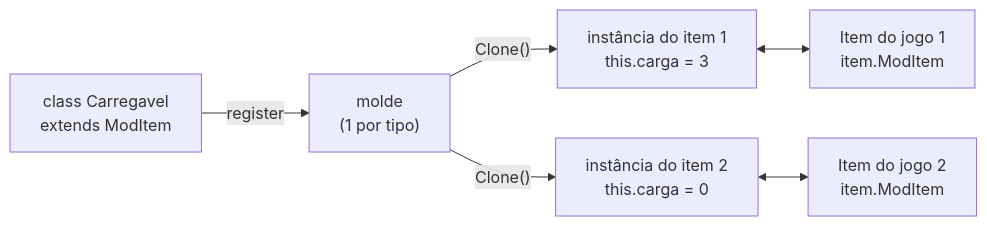
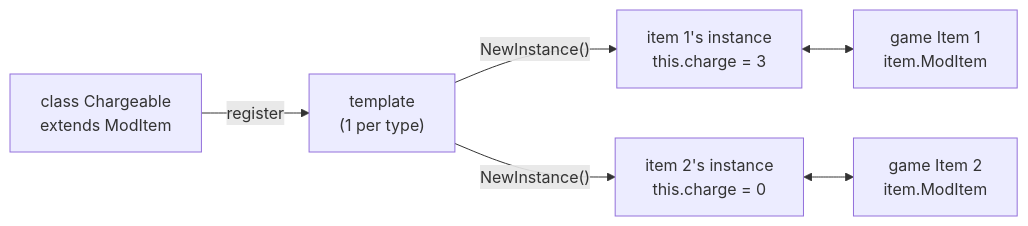
The diagram in Split/Bunny-Loader/docs/mods/04-conteudo-novo.md (MantovaniDevTrue/Bunnyloader-Csharp), drawn with Mermaid before and after one commit. The commit also changed other lines of this file and 2171 other files, not shown here.

````diff
--- a/Split/Bunny-Loader/docs/mods/04-conteudo-novo.md
+++ b/Split/Bunny-Loader/docs/mods/04-conteudo-novo.md
@@ -286,8 +296,8 @@
 ```mermaid
 flowchart LR
-    C["class Carregavel<br/>extends ModItem"] -- "register" --> M["molde<br/>(1 por tipo)"]
-    M -- "Clone()" --> I1["instância do item 1<br/>this.carga = 3"]
-    M -- "Clone()" --> I2["instância do item 2<br/>this.carga = 0"]
-    I1 <--> E1["Item do jogo 1<br/>item.ModItem"]
-    I2 <--> E2["Item do jogo 2<br/>item.ModItem"]
+    C["class Chargeable<br/>extends ModItem"] -- "register" --> M["template<br/>(1 per type)"]
+    M -- "NewInstance()" --> I1["item 1's instance<br/>this.charge = 3"]
+    M -- "NewInstance()" --> I2["item 2's instance<br/>this.charge = 0"]
+    I1 <--> E1["game Item 1<br/>item.ModItem"]
+    I2 <--> E2["game Item 2<br/>item.ModItem"]
 ```
````
